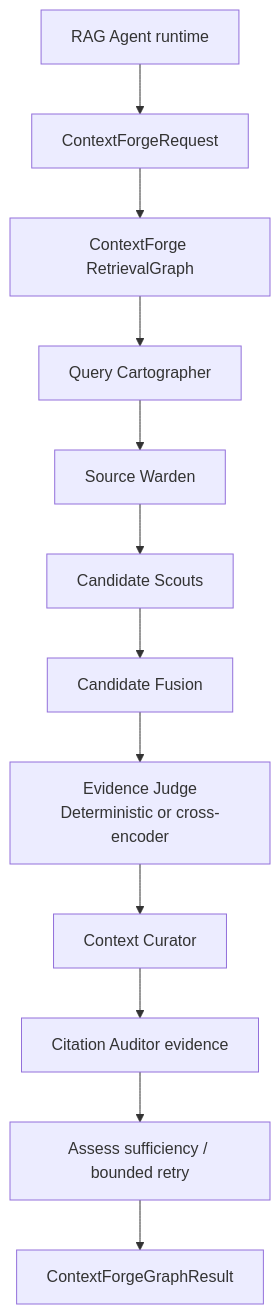
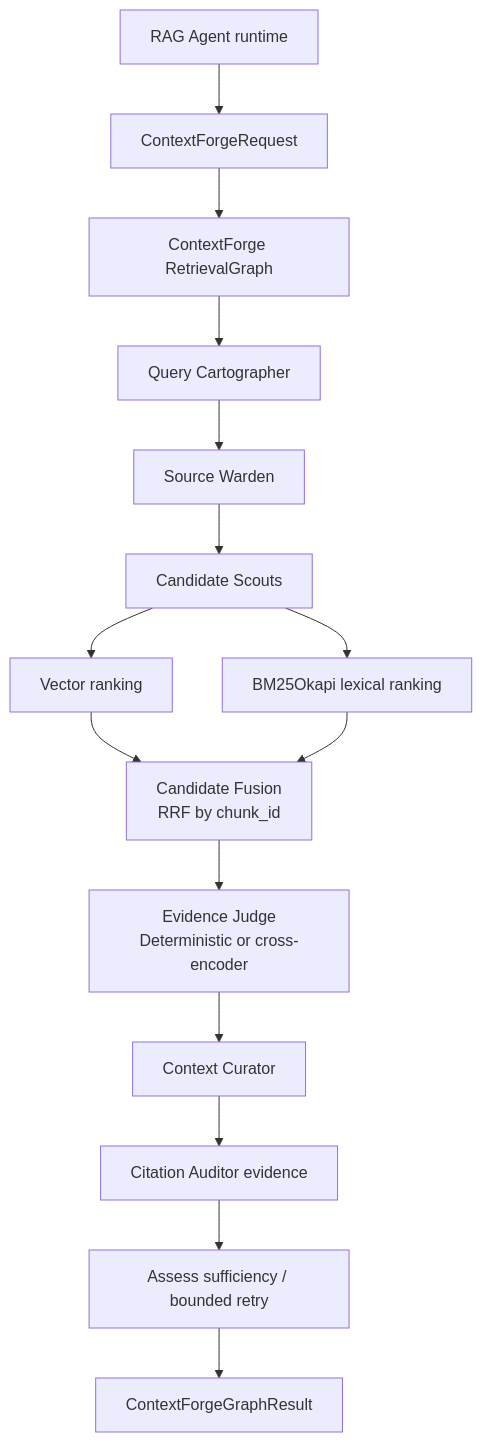
The diagram in my_agents/agents/context_forge/README.en.md (heecheon92/my-agents), drawn with Mermaid before and after one commit. The commit also changed other lines of this file and 19 other files, not shown here.

````diff
--- a/my_agents/agents/context_forge/README.en.md
+++ b/my_agents/agents/context_forge/README.en.md
@@ -19,14 +19,17 @@
 ```mermaid
 flowchart TD
     RAG["RAG Agent runtime"] --> Request[ContextForgeRequest]
     Request --> Graph["ContextForge RetrievalGraph"]
     Graph --> Planner[Query Cartographer]
     Planner --> Warden[Source Warden]
     Warden --> Scouts[Candidate Scouts]
-    Scouts --> Fusion[Candidate Fusion]
+    Scouts --> Vector["Vector ranking"]
+    Scouts --> Lexical["BM25Okapi lexical ranking"]
+    Vector --> Fusion["Candidate Fusion\nRRF by chunk_id"]
+    Lexical --> Fusion
     Fusion --> Judge[Evidence Judge\nDeterministic or cross-encoder]
     Judge --> Curator[Context Curator]
     Curator --> Auditor[Citation Auditor evidence]
     Auditor --> Assess[Assess sufficiency / bounded retry]
     Assess --> Result[ContextForgeGraphResult]
 ```
````
